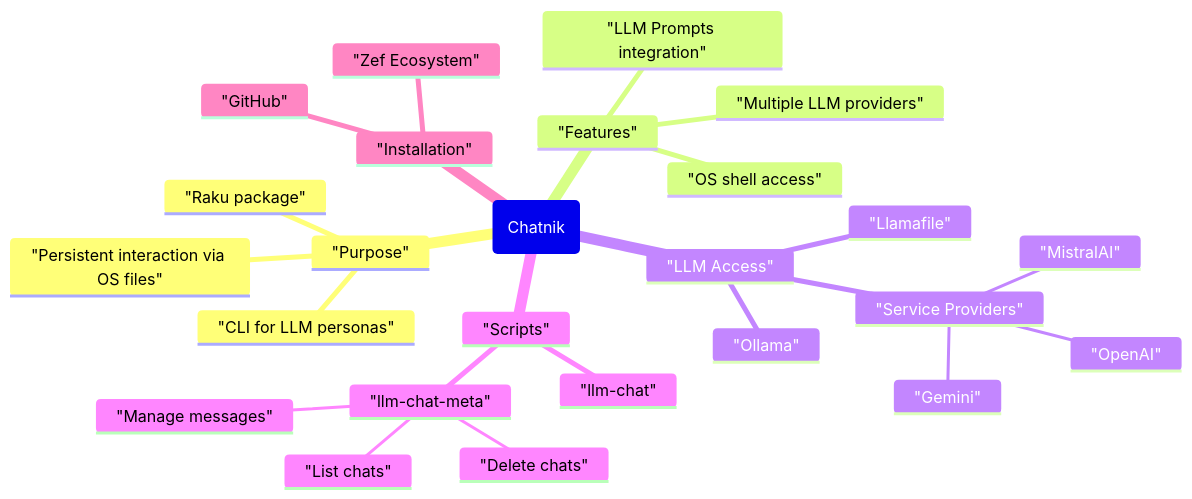
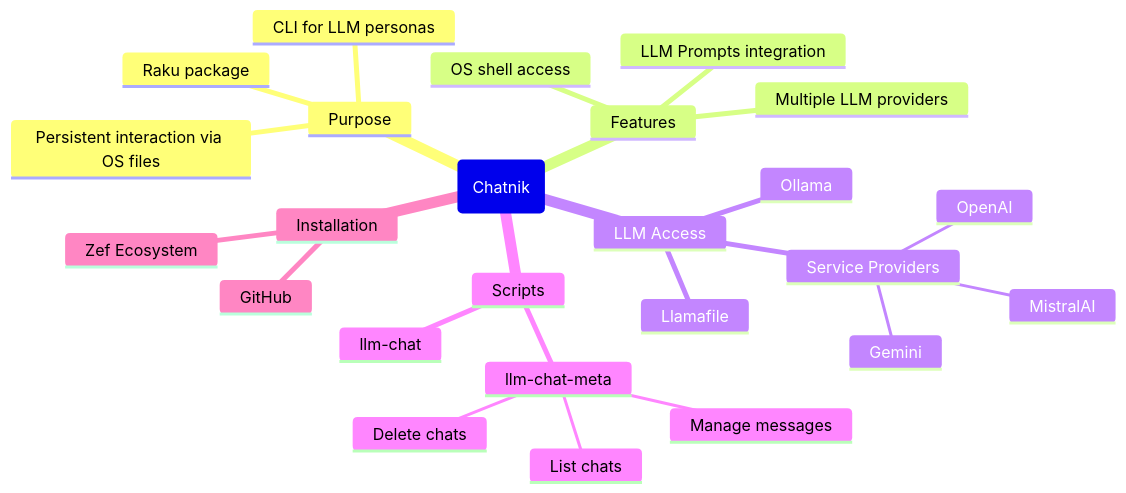
Before and after one commit to antononcube/Raku-Chatnik: the first of 3 diagrams in README-work.md, drawn with Mermaid. The commit also changed other lines of this file, not shown here.

Commit message:
docs:Better explanations and example mind-map.

````diff
--- a/README-work.md
+++ b/README-work.md
@@ -185,28 +185,28 @@
 ```mermaid
 mindmap
   root("Chatnik")
-    "Purpose"
-      "Raku package"
-      "CLI for LLM personas"
-      "Persistent interaction via OS files"
-    "Features"
-      "Multiple LLM providers"
-      "LLM Prompts integration"
-      "OS shell access"
-    "LLM Access"
-      "Ollama"
-      "Llamafile"
-      "Service Providers"
-        "OpenAI"
-        "Gemini"
-        "MistralAI"
-    "Scripts"
-      "llm-chat"
-      "llm-chat-meta"
-        "List chats"
-        "Manage messages"
-        "Delete chats"
-    "Installation"
-      "Zef Ecosystem"
-      "GitHub"
+    Purpose
+      Raku package
+      CLI for LLM personas
+      Persistent interaction via OS files
+    Features
+      Multiple LLM providers
+      LLM Prompts integration
+      OS shell access
+    LLM Access
+      Ollama
+      Llamafile
+      Service Providers
+        OpenAI
+        Gemini
+        MistralAI
+    Scripts
+      llm-chat
+      llm-chat-meta
+        List chats
+        Manage messages
+        Delete chats
+    Installation
+      Zef Ecosystem
+      GitHub
 ```
````
